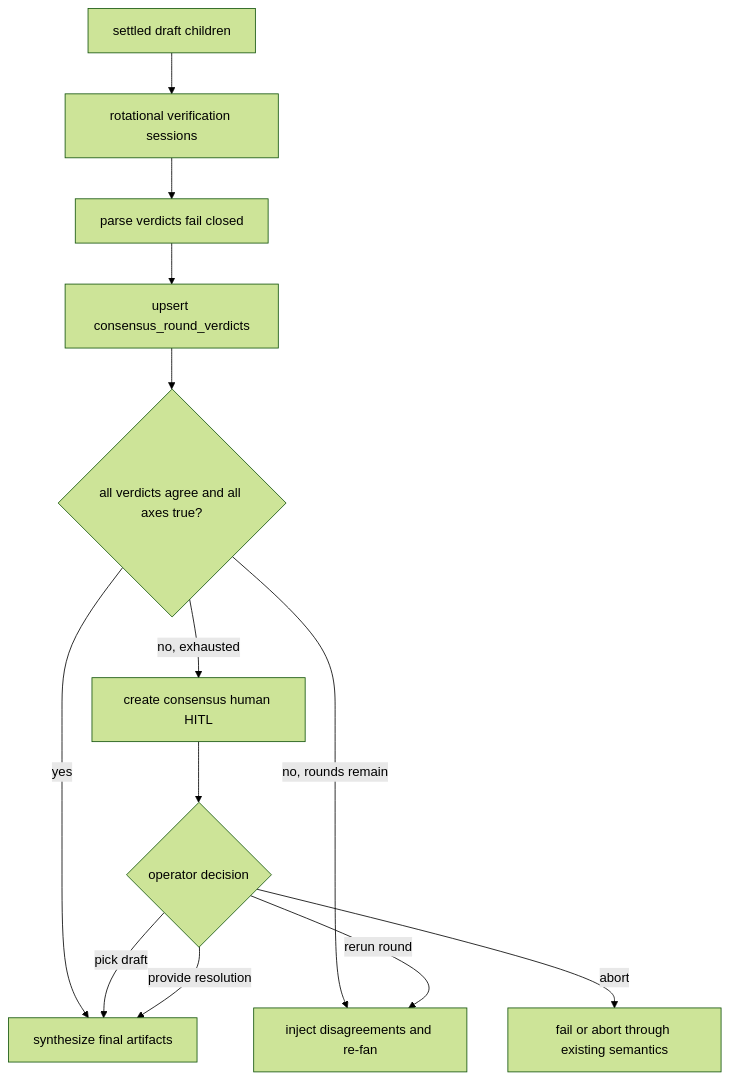
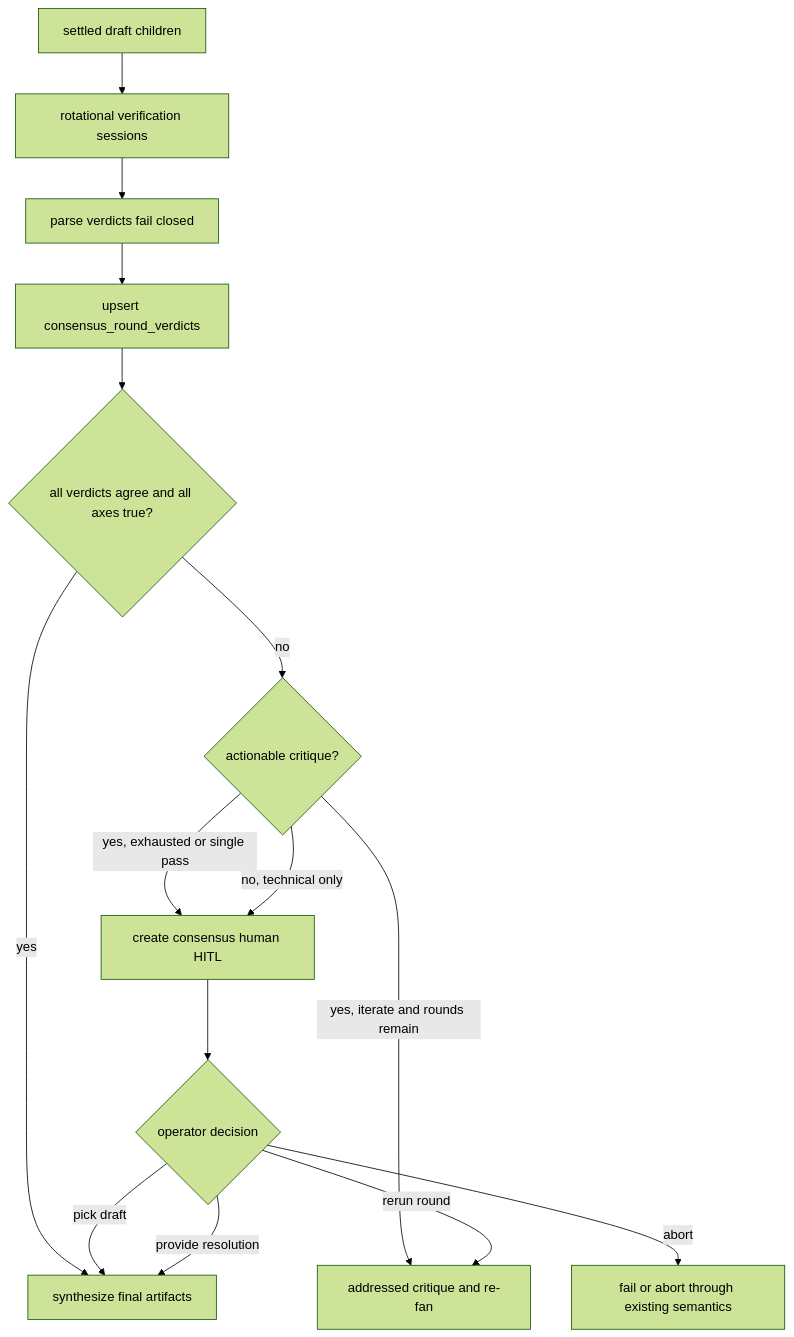
The third of 4 diagrams in docs/system-analytics/consensus.md (maister-dev/maister), drawn with Mermaid (forest theme) before and after one commit. The commit also changed other lines of this file and 88 other files, not shown here.

````diff
--- a/docs/system-analytics/consensus.md
+++ b/docs/system-analytics/consensus.md
@@ -114,15 +140,17 @@
 ```mermaid
 flowchart TD
     Drafts["settled draft children"] --> Verify["rotational verification sessions"]
     Verify --> Parse["parse verdicts fail closed"]
     Parse --> Ledger["upsert consensus_round_verdicts"]
     Ledger --> Tally{"all verdicts agree and all axes true?"}
     Tally -- yes --> Synth["synthesize final artifacts"]
-    Tally -- no, rounds remain --> ReFan["inject disagreements and re-fan"]
-    Tally -- no, exhausted --> Hitl["create consensus human HITL"]
+    Tally -- no --> Act{"actionable critique?"}
+    Act -- yes, iterate and rounds remain --> ReFan["addressed critique and re-fan"]
+    Act -- yes, exhausted or single pass --> Hitl["create consensus human HITL"]
+    Act -- no, technical only --> Hitl
     Hitl --> Decision{"operator decision"}
     Decision -- pick draft --> Synth
     Decision -- provide resolution --> Synth
     Decision -- rerun round --> ReFan
     Decision -- abort --> Fail["fail or abort through existing semantics"]
 ```
````
